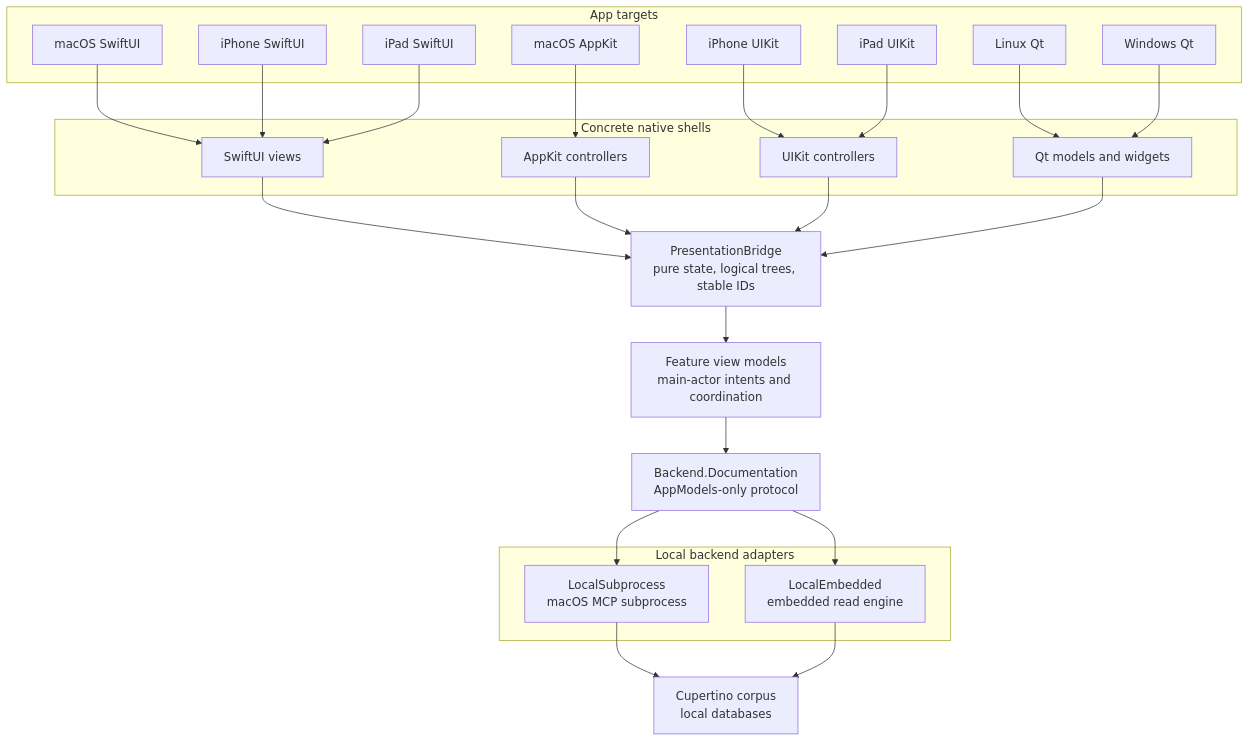
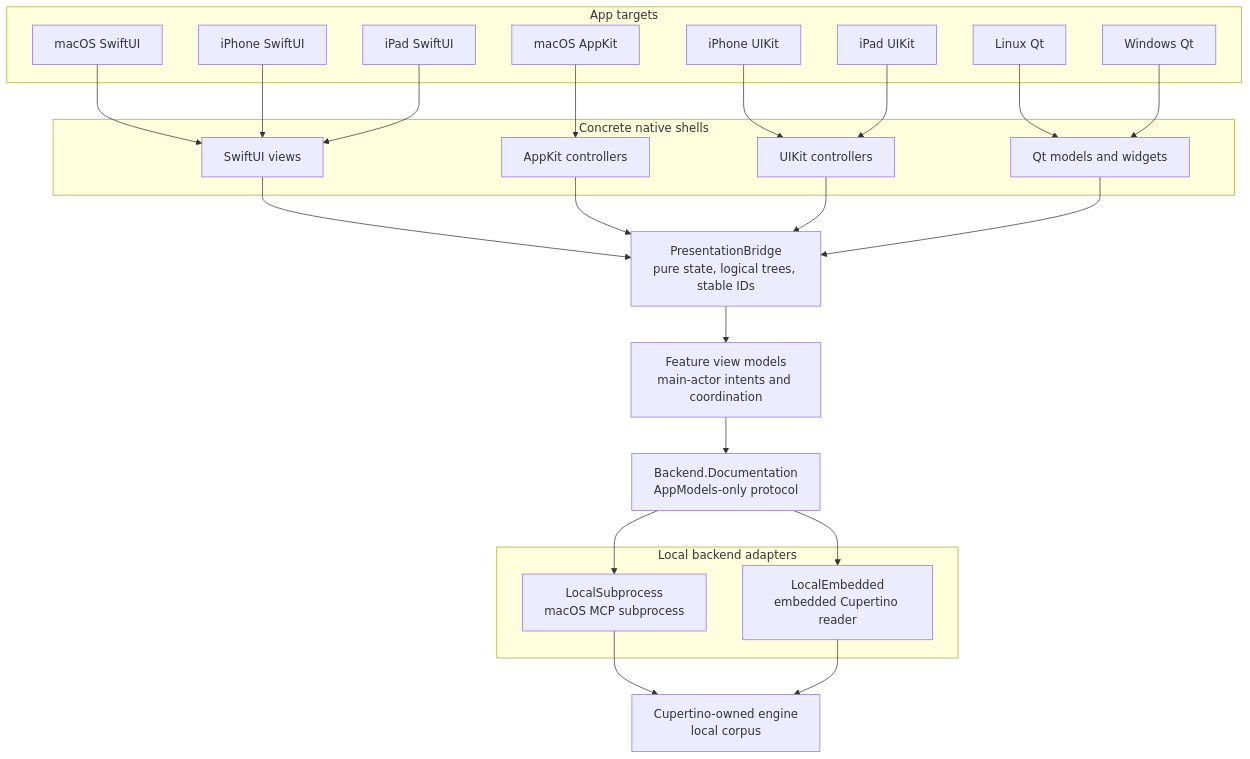
Before and after one commit to mihaelamj/cupertino-desktop: the third of 3 diagrams in README.md, drawn with Mermaid. The commit also changed other lines of this file and 14 other files, not shown here.

````diff
--- a/README.md
+++ b/README.md
@@ -99,51 +103,51 @@
 ```mermaid
 flowchart TB
     subgraph apps["App targets"]
         macSwiftUI["macOS SwiftUI"]
         macAppKit["macOS AppKit"]
         phoneSwiftUI["iPhone SwiftUI"]
         phoneUIKit["iPhone UIKit"]
         padSwiftUI["iPad SwiftUI"]
         padUIKit["iPad UIKit"]
         linuxQt["Linux Qt"]
         windowsQt["Windows Qt"]
     end
 
     subgraph shells["Concrete native shells"]
         swiftuiShell["SwiftUI views"]
         appkitShell["AppKit controllers"]
         uikitShell["UIKit controllers"]
         qtShell["Qt models and widgets"]
     end
 
     bridge["PresentationBridge<br/>pure state, logical trees, stable IDs"]
     features["Feature view models<br/>main-actor intents and coordination"]
     backend["Backend.Documentation<br/>AppModels-only protocol"]
 
     subgraph adapters["Local backend adapters"]
         subprocess["LocalSubprocess<br/>macOS MCP subprocess"]
-        embedded["LocalEmbedded<br/>embedded read engine"]
+        embedded["LocalEmbedded<br/>embedded Cupertino reader"]
     end
 
-    cupertino["Cupertino corpus<br/>local databases"]
+    cupertino["Cupertino-owned engine<br/>local corpus"]
 
     macSwiftUI --> swiftuiShell
     phoneSwiftUI --> swiftuiShell
     padSwiftUI --> swiftuiShell
     macAppKit --> appkitShell
     phoneUIKit --> uikitShell
     padUIKit --> uikitShell
     linuxQt --> qtShell
     windowsQt --> qtShell
 
     swiftuiShell --> bridge
     appkitShell --> bridge
     uikitShell --> bridge
     qtShell --> bridge
     bridge --> features
     features --> backend
     backend --> subprocess
     backend --> embedded
     subprocess --> cupertino
     embedded --> cupertino
 ```
````
